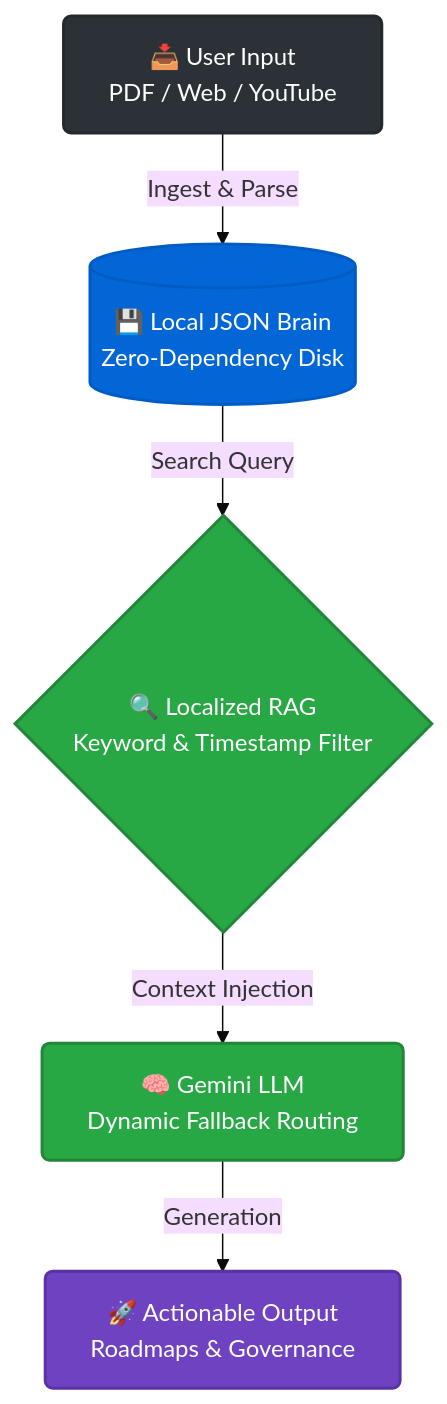
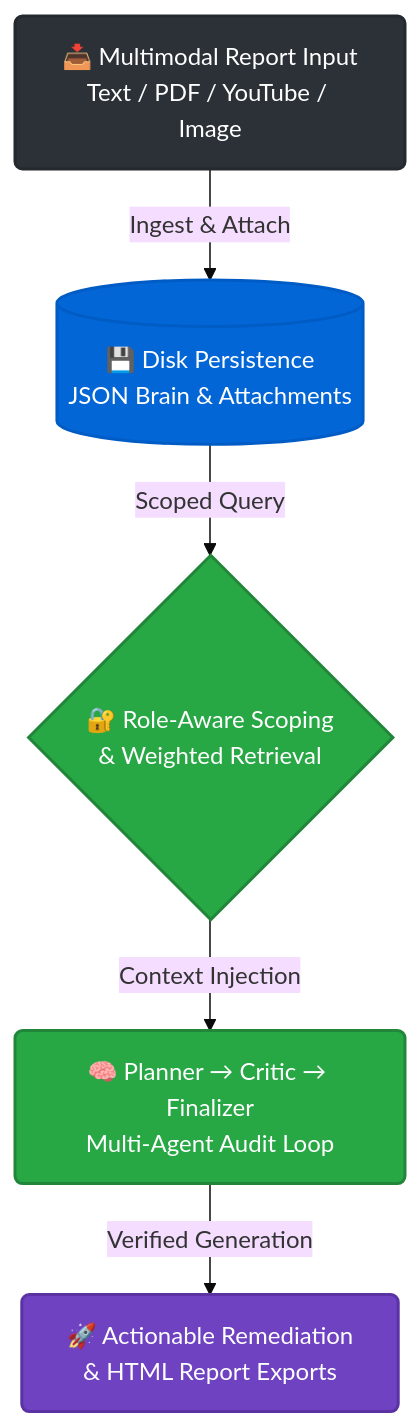
One commit to AJ-OmniMatrix/OmniBrain changed the diagram in Readme.md. Above: the diagram before and after it, drawn with Mermaid (base theme). The commit also changed other lines of this file, not shown here.

First line of the commit message:
Revise Readme for OmniBrain E.R.I.S. details

````diff
--- a/Readme.md
+++ b/Readme.md
@@ -36,21 +40,19 @@
 ```mermaid
 graph TD
-    %% Styling
     classDef input fill:#2b3137,stroke:#24292e,stroke-width:2px,color:#fff,rx:5px,ry:5px;
     classDef storage fill:#0366d6,stroke:#005cc5,stroke-width:2px,color:#fff,rx:5px,ry:5px;
     classDef engine fill:#28a745,stroke:#22863a,stroke-width:2px,color:#fff,rx:5px,ry:5px;
     classDef output fill:#6f42c1,stroke:#5a32a3,stroke-width:2px,color:#fff,rx:5px,ry:5px;
 
-    %% Nodes
-    A[📥 User Input<br/> PDF / Web / YouTube]:::input
-    B[(💾 Local JSON Brain<br/>Zero-Dependency Disk)]:::storage
-    C{🔍 Localized RAG<br/>Keyword & Timestamp Filter}:::engine
-    D[🧠 Gemini LLM<br/>Dynamic Fallback Routing]:::engine
-    E[🚀 Actionable Output<br/>Roadmaps & Governance]:::output
+    A[📥 Multimodal Report Input<br/>Text / PDF / YouTube / Image]:::input
+    B[(💾 Disk Persistence<br/>JSON Brain & Attachments)]:::storage
+    C{🔐 Role-Aware Scoping<br/>& Weighted Retrieval}:::engine
+    D[🧠 Planner → Critic → Finalizer<br/>Multi-Agent Audit Loop]:::engine
+    E[🚀 Actionable Remediation<br/>& HTML Report Exports]:::output
 
-    %% Flow
-    A -->|Ingest & Parse| B
-    B -->|Search Query| C
+    A -->|Ingest & Attach| B
+    B -->|Scoped Query| C
     C -->|Context Injection| D
-    D -->|Generation| E
+    D -->|Verified Generation| E
+
 ```
````
